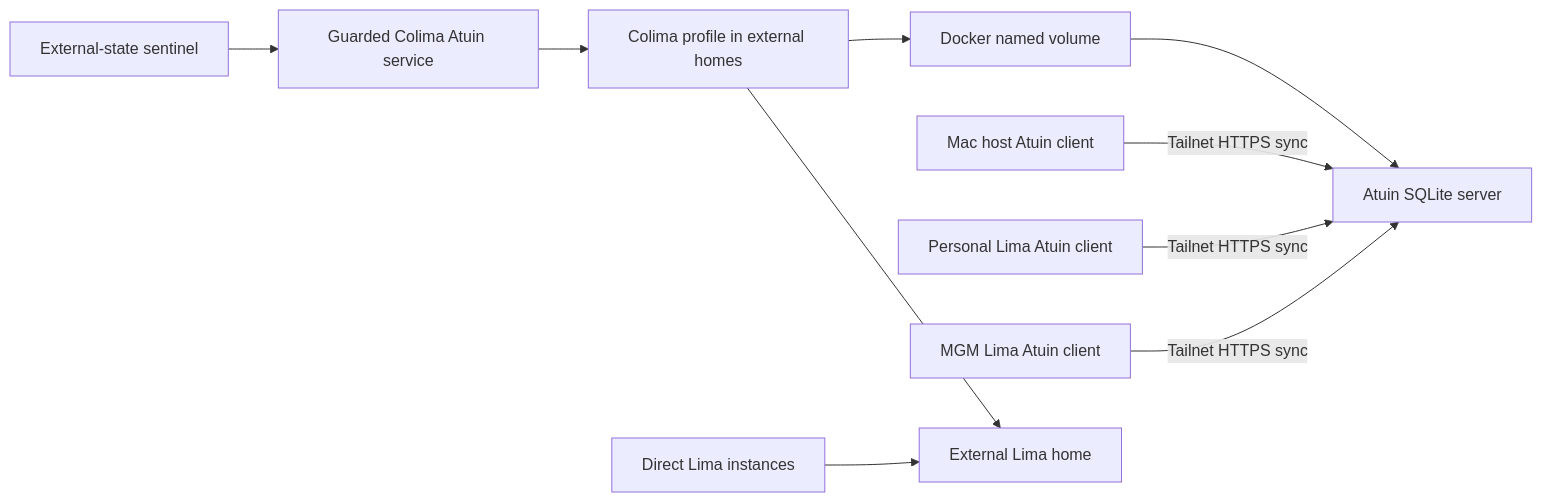
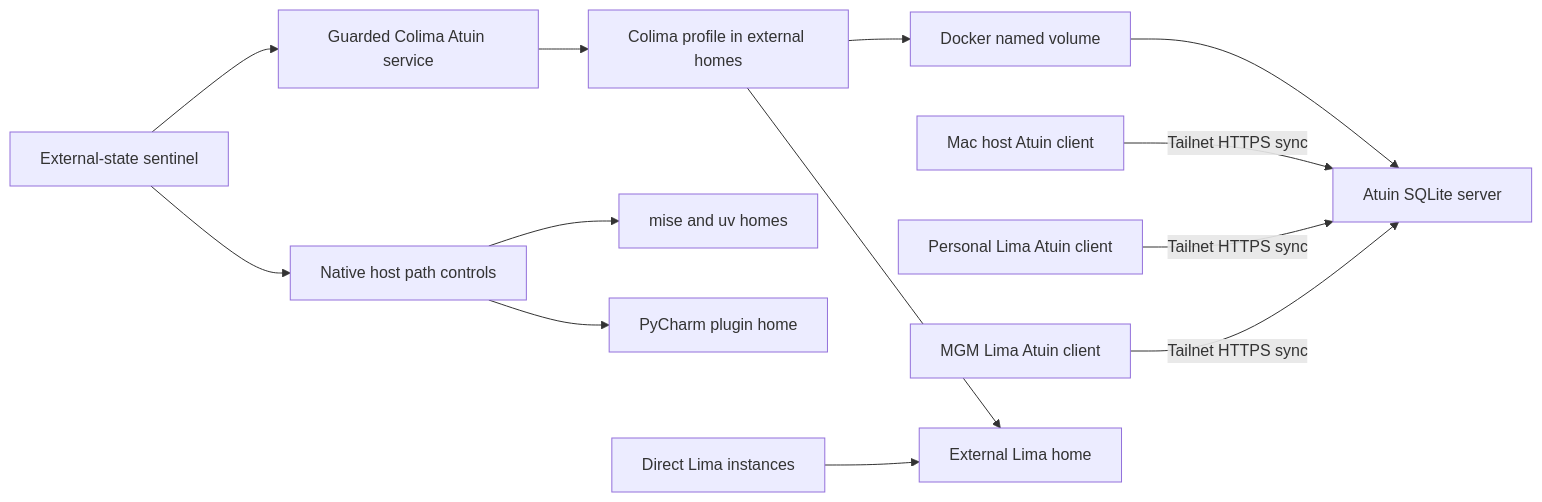
One commit to Saltiola7/dotfiles changed the diagram in docs/specs/shell_auth_startup/README.md. Above: the diagram before and after it, drawn with Mermaid. The commit also changed other lines of this file and 4 other files, not shown here.

````diff
--- a/docs/specs/shell_auth_startup/README.md
+++ b/docs/specs/shell_auth_startup/README.md
@@ -469,14 +488,17 @@
 ```mermaid
 flowchart LR
-    accTitle: External Lima and Atuin deployment topology
-    accDescr: The Mac mini selects external native homes for direct Lima and Colima. Colima owns the Docker named volume containing the Atuin SQLite store, while the host and two Lima clients synchronize through tailnet HTTPS.
+    accTitle: External host state and Atuin deployment topology
+    accDescr: The Mac mini sentinel selects supported external homes for developer tools, direct Lima, and Colima. Colima owns the Docker named volume containing the Atuin SQLite store, while the host and two Lima clients synchronize through tailnet HTTPS.
     S[External-state sentinel] --> G[Guarded Colima Atuin service]
+    S --> N[Native host path controls]
+    N --> T[mise and uv homes]
+    N --> J[PyCharm plugin home]
     G --> C[Colima profile in external homes]
     C --> D[Docker named volume]
     D --> A[Atuin SQLite server]
     H[Mac host Atuin client] -->|Tailnet HTTPS sync| A
     P[Personal Lima Atuin client] -->|Tailnet HTTPS sync| A
     M[MGM Lima Atuin client] -->|Tailnet HTTPS sync| A
     L[Direct Lima instances] --> E[External Lima home]
     C --> E
 ```
````
